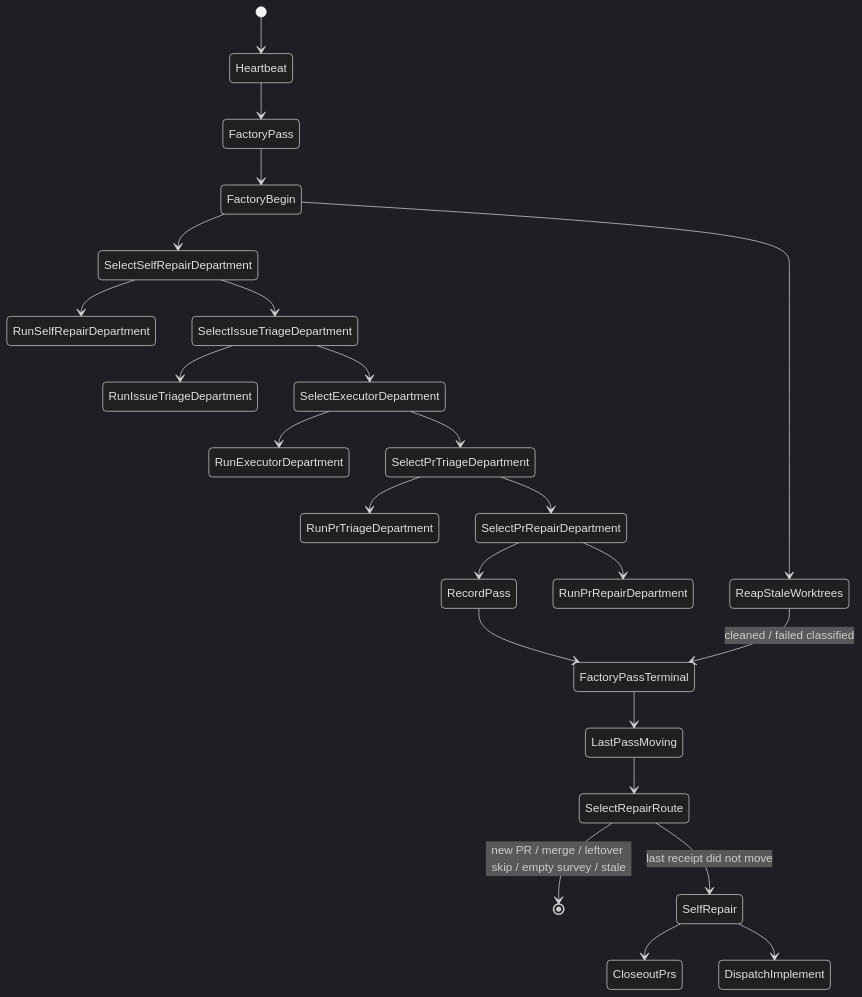
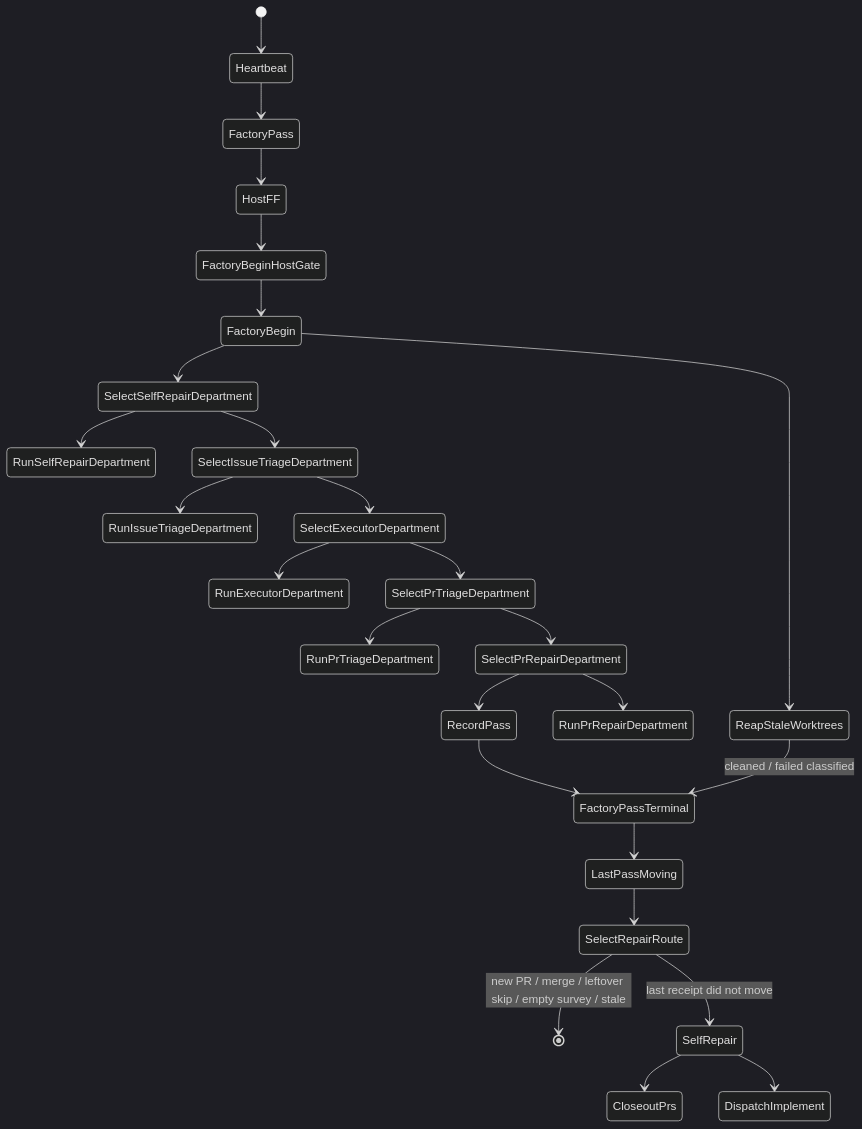
One commit to mikolaj92/lokay changed the first of 47 diagrams in README.md. Above: the diagram before and after it, drawn with Mermaid (dark theme). The commit also changed 9 other files, not shown here.

First line of the commit message:
Put host-ff on the factory_pass spine

````diff
--- a/README.md
+++ b/README.md
@@ -79,26 +79,28 @@
 ```mermaid
 stateDiagram-v2
     [*] --> Heartbeat
     Heartbeat --> FactoryPass
-    FactoryPass --> FactoryBegin
+    FactoryPass --> HostFF
+    HostFF --> FactoryBeginHostGate
+    FactoryBeginHostGate --> FactoryBegin
     FactoryBegin --> ReapStaleWorktrees
     FactoryBegin --> SelectSelfRepairDepartment
     SelectSelfRepairDepartment --> RunSelfRepairDepartment
     SelectSelfRepairDepartment --> SelectIssueTriageDepartment
     SelectIssueTriageDepartment --> RunIssueTriageDepartment
     SelectIssueTriageDepartment --> SelectExecutorDepartment
     SelectExecutorDepartment --> RunExecutorDepartment
     SelectExecutorDepartment --> SelectPrTriageDepartment
     SelectPrTriageDepartment --> RunPrTriageDepartment
     SelectPrTriageDepartment --> SelectPrRepairDepartment
     SelectPrRepairDepartment --> RunPrRepairDepartment
     SelectPrRepairDepartment --> RecordPass
     RecordPass --> FactoryPassTerminal
     ReapStaleWorktrees --> FactoryPassTerminal: cleaned / failed classified
     FactoryPassTerminal --> LastPassMoving
     LastPassMoving --> SelectRepairRoute
     SelectRepairRoute --> [*]: new PR / merge / leftover skip / empty survey / stale
     SelectRepairRoute --> SelfRepair: last receipt did not move
     SelfRepair --> CloseoutPrs
     SelfRepair --> DispatchImplement
 ```
````
